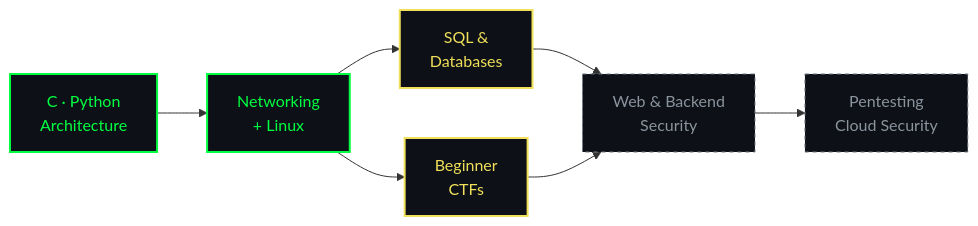
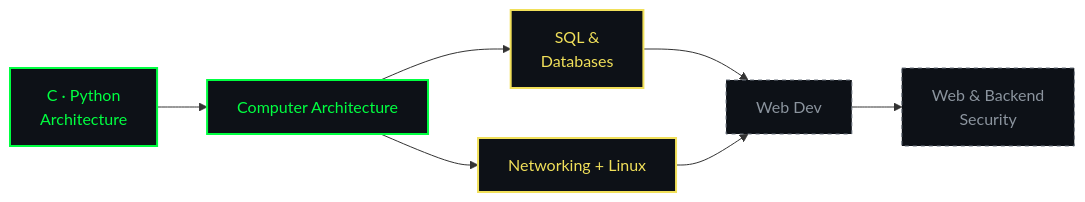
One commit to Y0kina/Y0kina changed the diagram in README.md. Above: the diagram before and after it, drawn with Mermaid.

````diff
--- a/README.md
+++ b/README.md
@@ -106,16 +106,16 @@
 ```mermaid
 flowchart LR
-  A["C · Python<br/>Architecture"] --> B["Networking<br/>+ Linux"]
+  A["C · Python<br/>Architecture"] --> B["Computer Architecture"]
   B --> C["SQL &<br/>Databases"]
-  B --> D["Beginner<br/>CTFs"]
-  C --> E["Web & Backend<br/>Security"]
+  B --> D[" Networking + Linux"]
+  C --> E["Web Dev"]
   D --> E
-  E --> F["Pentesting<br/>Cloud Security"]
+  E --> F["Web & Backend<br/>Security"]
 
   classDef done fill:#0D1117,stroke:#00FF41,color:#00FF41,stroke-width:2px;
   classDef wip fill:#0D1117,stroke:#F1E05A,color:#F1E05A,stroke-width:2px;
   classDef next fill:#0D1117,stroke:#6E7681,color:#8B949E,stroke-dasharray:4 4;
   class A,B done;
   class C,D wip;
   class E,F next;
 ```
````
